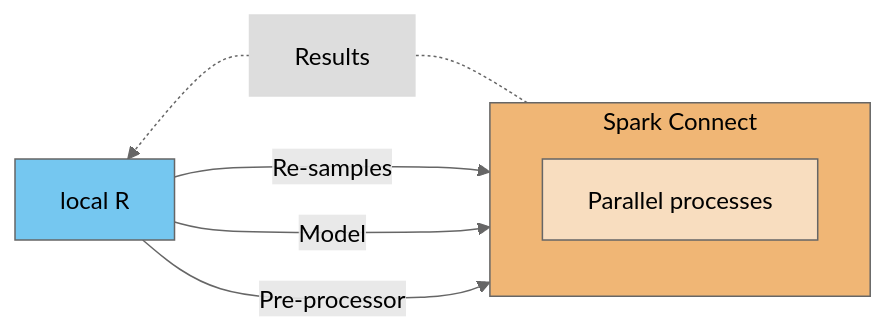
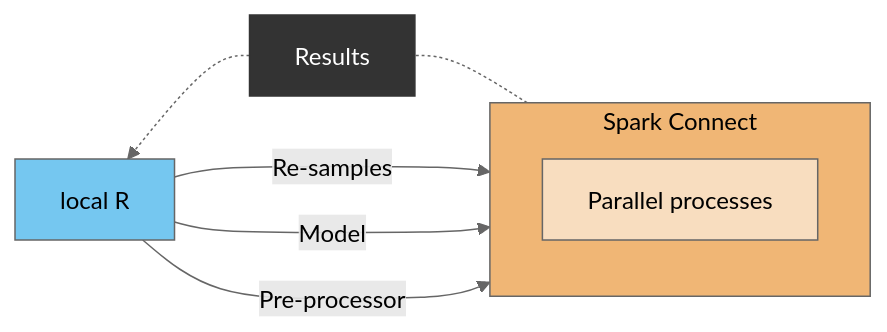
One commit to rstudio/spark.rstudio.com changed the first of 2 diagrams in guides/tune_tidymodels_spark.qmd. Above: the diagram before and after it, drawn with Mermaid. The commit also changed other lines of this file, not shown here.

````diff
--- a/guides/tune_tidymodels_spark.qmd
+++ b/guides/tune_tidymodels_spark.qmd
@@ -70,16 +70,16 @@
 ```{mermaid}
 %%| fig-width: 6
 flowchart RL
   subgraph sc [Spark Connect]
    p[Parallel processes]
   end
   r[local R]  -- Re-samples --> sc
+  sc -.- rs[Results] -.-> r
   r -- Model --> sc
   r -- Pre-processor --> sc
-  sc -.- rs[Results] -.-> r
   style sc fill:#F0B675,stroke:#666,color:#000;
   style p fill:#F8DDBF,stroke:#666,color:#000;
   style r fill:#75C7F0,stroke:#666,color:#000;
-  style rs fill:#ddd,stroke:#ddd,color:#000;
+  style rs fill:#333,stroke:#333,color:#fff;
   linkStyle default stroke:#666,color:#000
 ```
````
